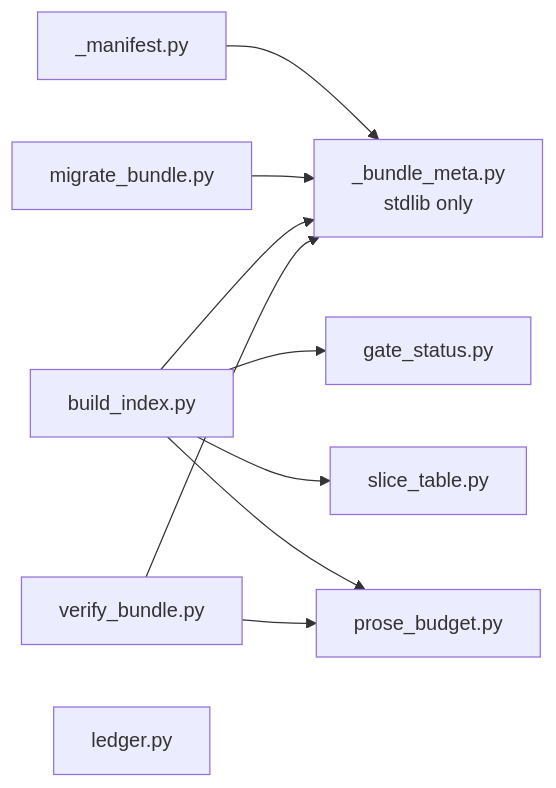
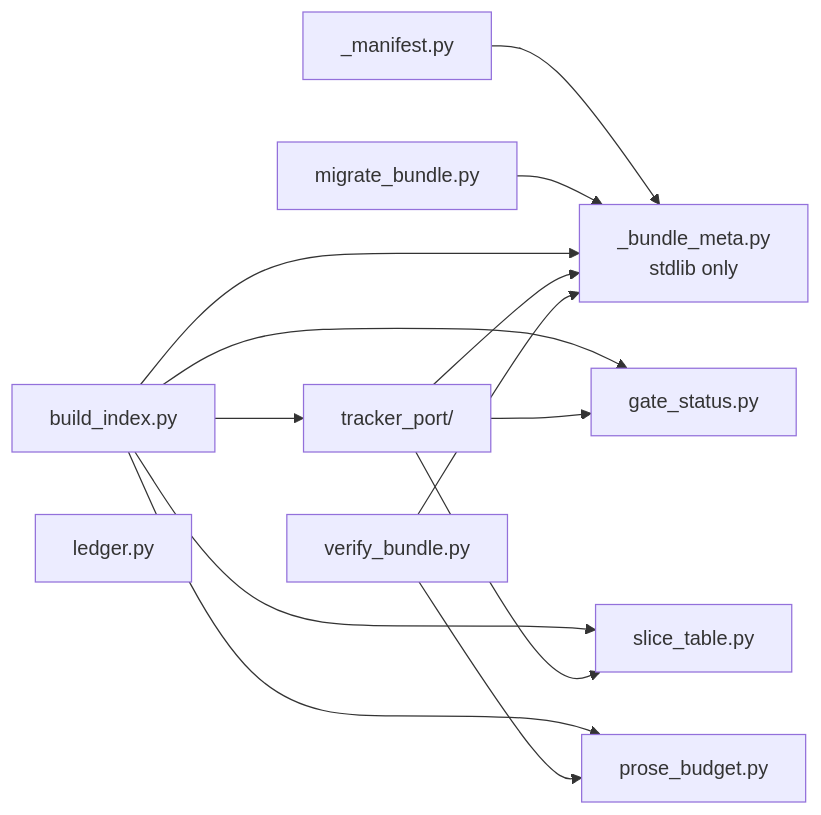
Before and after one commit to bjornslib/cobuilder-plugin: the second of 2 diagrams in docs/architecture/contexts/shared/canvas.md, drawn with Mermaid. The commit also changed other lines of this file and 18 other files, not shown here.

````diff
--- a/docs/architecture/contexts/shared/canvas.md
+++ b/docs/architecture/contexts/shared/canvas.md
@@ -108,21 +113,25 @@
 ```mermaid
 flowchart LR
     bm["_bundle_meta.py<br/>stdlib only"]
     mf["_manifest.py"]
     bi["build_index.py"]
     vb["verify_bundle.py"]
     mg["migrate_bundle.py"]
     gs["gate_status.py"]
     st["slice_table.py"]
     lg["ledger.py"]
     pb["prose_budget.py"]
 
     mf --> bm
     mg --> bm
     bi --> bm
     bi --> gs
     bi --> st
     bi --> pb
+    bi --> tp["tracker_port/"]
+    tp --> gs
+    tp --> st
+    tp --> bm
     vb --> bm
     vb --> pb
 ```
````
